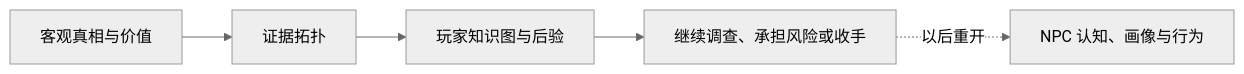
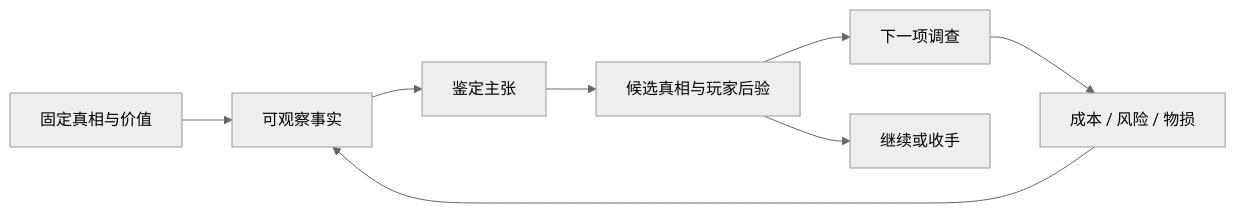
Before and after one commit to NomuTsuki/zhangyan: the second of 2 diagrams in docs/project/overview/01-ROADMAP.md, drawn with Mermaid (neutral theme). The commit also changed other lines of this file and 23 other files, not shown here.

````diff
--- a/docs/project/overview/01-ROADMAP.md
+++ b/docs/project/overview/01-ROADMAP.md
@@ -27,7 +32,10 @@
 ```mermaid
 flowchart LR
-    Truth["客观真相与价值"] --> Evidence["证据拓扑"]
-    Evidence --> Player["玩家知识图与后验"]
-    Player --> Decision["继续调查、承担风险或收手"]
-    Decision -."以后重开".-> NPC["NPC 认知、画像与行为"]
+    Truth["固定真相与价值"] --> Fact["可观察事实"]
+    Fact --> Claim["鉴定主张"]
+    Claim --> Belief["候选真相与玩家后验"]
+    Belief --> Action["下一项调查"]
+    Action --> Cost["成本 / 风险 / 物损"]
+    Belief --> Stop["继续或收手"]
+    Cost --> Fact
 ```
````
